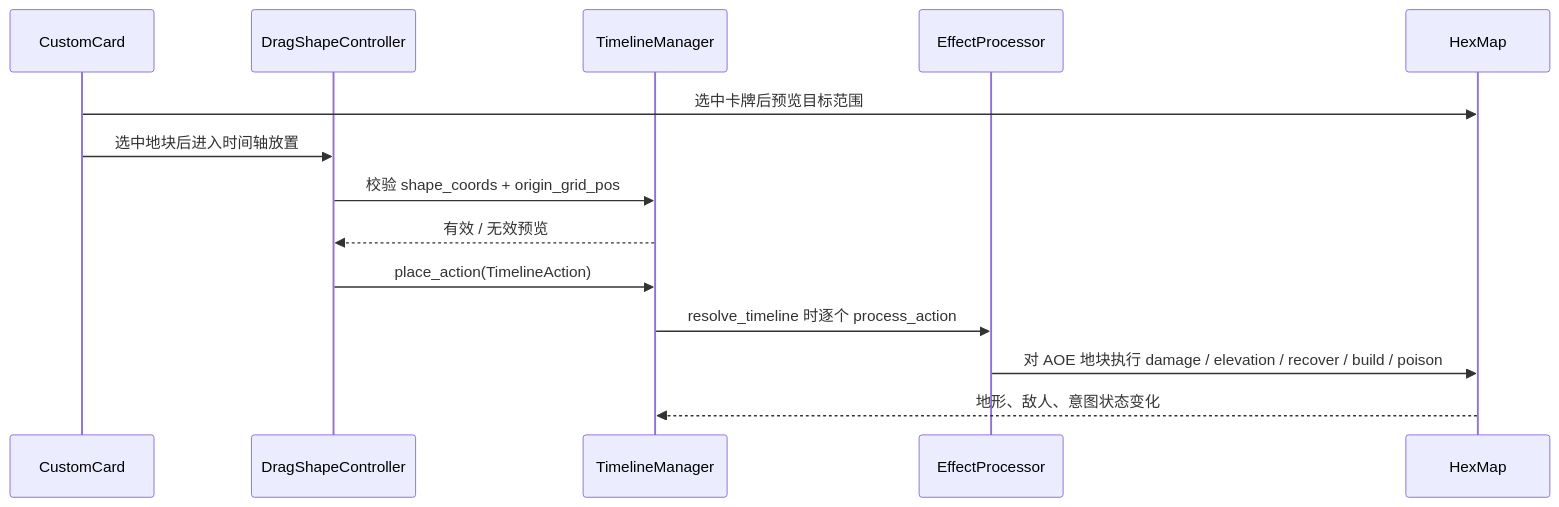
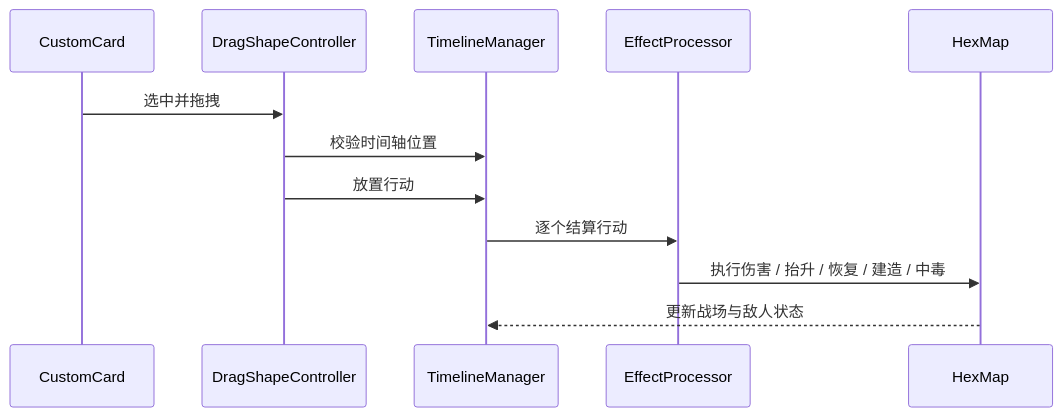
The second of 3 diagrams in README.md (xcyhjn/time-key-godot), drawn with Mermaid before and after one commit. The commit also changed other lines of this file, not shown here.

````diff
--- a/README.md
+++ b/README.md
@@ -105,17 +67,15 @@
 ```mermaid
 sequenceDiagram
     participant Card as CustomCard
     participant Drag as DragShapeController
     participant TL as TimelineManager
     participant FX as EffectProcessor
     participant Map as HexMap
 
-    Card->>Map: 选中卡牌后预览目标范围
-    Card->>Drag: 选中地块后进入时间轴放置
-    Drag->>TL: 校验 shape_coords + origin_grid_pos
-    TL-->>Drag: 有效 / 无效预览
-    Drag->>TL: place_action(TimelineAction)
-    TL->>FX: resolve_timeline 时逐个 process_action
-    FX->>Map: 对 AOE 地块执行 damage / elevation / recover / build / poison
-    Map-->>TL: 地形、敌人、意图状态变化
+    Card->>Drag: 选中并拖拽
+    Drag->>TL: 校验时间轴位置
+    Drag->>TL: 放置行动
+    TL->>FX: 逐个结算行动
+    FX->>Map: 执行伤害 / 抬升 / 恢复 / 建造 / 中毒
+    Map-->>TL: 更新战场与敌人状态
 ```
````
